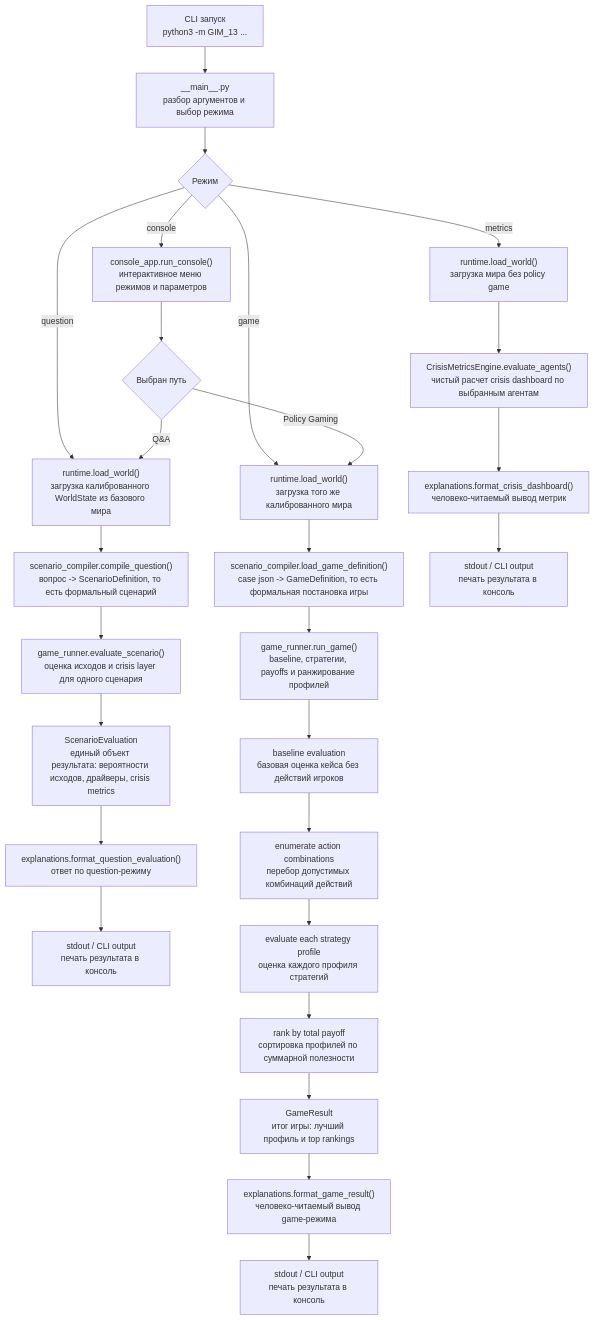
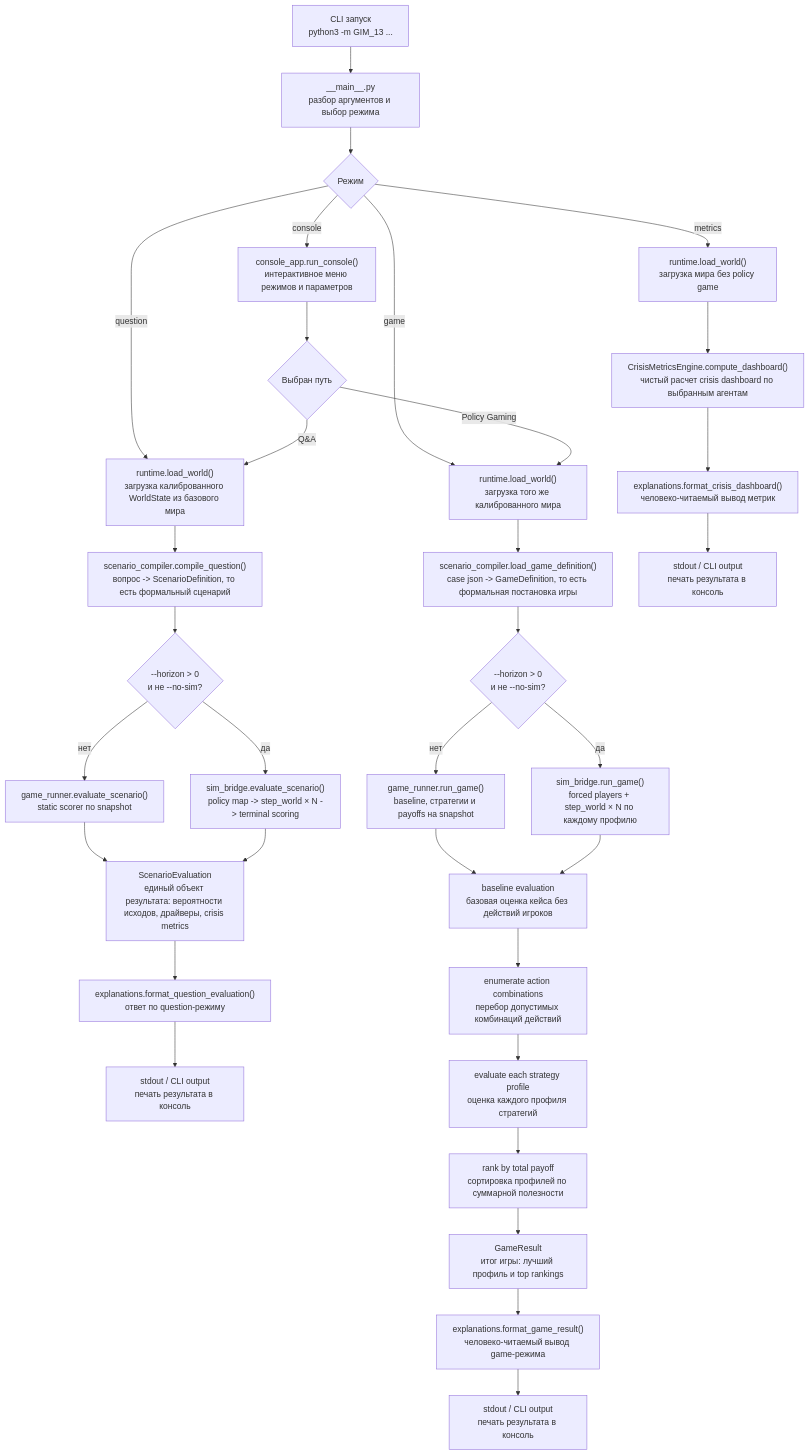
The second of 4 diagrams in GIM13_simulation_flow.md (Theclimateguy/GIM), drawn with Mermaid before and after one commit. The commit also changed other lines of this file and 16 other files, not shown here.

Commit message:
Integrate GIM13 sim bridge and sync docs

````diff
--- a/GIM13_simulation_flow.md
+++ b/GIM13_simulation_flow.md
@@ -49,35 +49,41 @@
 ```mermaid
 flowchart TD
     A["CLI запуск<br/>python3 -m GIM_13 ..."] --> B["__main__.py<br/>разбор аргументов и выбор режима"]
     B --> C{"Режим"}
 
     C -->|question| D["runtime.load_world()<br/>загрузка калиброванного WorldState из базового мира"]
     D --> E["scenario_compiler.compile_question()<br/>вопрос -> ScenarioDefinition, то есть формальный сценарий"]
-    E --> F["game_runner.evaluate_scenario()<br/>оценка исходов и crisis layer для одного сценария"]
+    E --> F{"--horizon > 0<br/>и не --no-sim?"}
+    F -->|нет| F1["game_runner.evaluate_scenario()<br/>static scorer по snapshot"]
+    F -->|да| F2["sim_bridge.evaluate_scenario()<br/>policy map -> step_world × N -> terminal scoring"]
 
     C -->|game| G["runtime.load_world()<br/>загрузка того же калиброванного мира"]
     G --> H["scenario_compiler.load_game_definition()<br/>case json -> GameDefinition, то есть формальная постановка игры"]
-    H --> I["game_runner.run_game()<br/>baseline, стратегии, payoffs и ранжирование профилей"]
+    H --> I{"--horizon > 0<br/>и не --no-sim?"}
+    I -->|нет| I1["game_runner.run_game()<br/>baseline, стратегии и payoffs на snapshot"]
+    I -->|да| I2["sim_bridge.run_game()<br/>forced players + step_world × N по каждому профилю"]
 
     C -->|metrics| J["runtime.load_world()<br/>загрузка мира без policy game"]
-    J --> K["CrisisMetricsEngine.evaluate_agents()<br/>чистый расчет crisis dashboard по выбранным агентам"]
+    J --> K["CrisisMetricsEngine.compute_dashboard()<br/>чистый расчет crisis dashboard по выбранным агентам"]
     K --> L["explanations.format_crisis_dashboard()<br/>человеко-читаемый вывод метрик"]
     L --> M["stdout / CLI output<br/>печать результата в консоль"]
 
     C -->|console| X["console_app.run_console()<br/>интерактивное меню режимов и параметров"]
     X --> Y{"Выбран путь"}
     Y -->|Q&A| D
     Y -->|Policy Gaming| G
 
-    F --> N["ScenarioEvaluation<br/>единый объект результата: вероятности исходов, драйверы, crisis metrics"]
+    F1 --> N["ScenarioEvaluation<br/>единый объект результата: вероятности исходов, драйверы, crisis metrics"]
+    F2 --> N
     N --> O["explanations.format_question_evaluation()<br/>ответ по question-режиму"]
     O --> P["stdout / CLI output<br/>печать результата в консоль"]
 
-    I --> Q["baseline evaluation<br/>базовая оценка кейса без действий игроков"]
+    I1 --> Q["baseline evaluation<br/>базовая оценка кейса без действий игроков"]
+    I2 --> Q
     Q --> R["enumerate action combinations<br/>перебор допустимых комбинаций действий"]
     R --> S["evaluate each strategy profile<br/>оценка каждого профиля стратегий"]
     S --> T["rank by total payoff<br/>сортировка профилей по суммарной полезности"]
     T --> U["GameResult<br/>итог игры: лучший профиль и top rankings"]
     U --> V["explanations.format_game_result()<br/>человеко-читаемый вывод game-режима"]
     V --> W["stdout / CLI output<br/>печать результата в консоль"]
 ```
````
